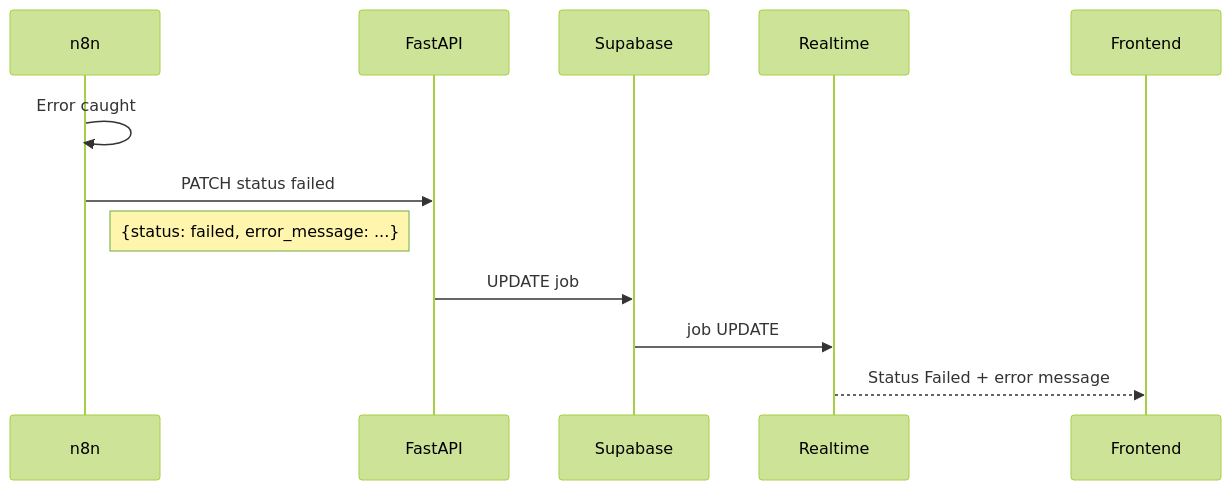
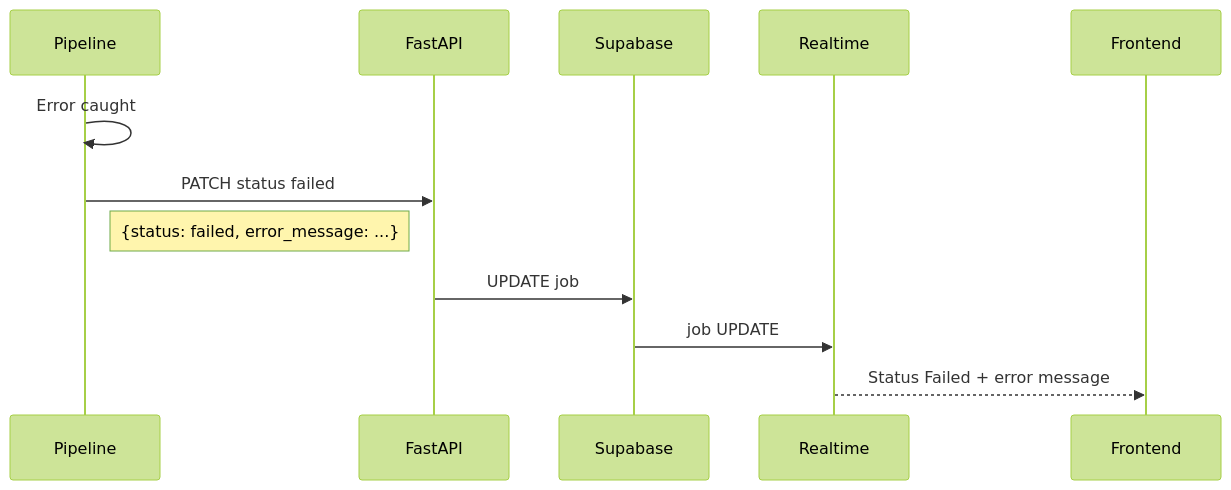
The third of 3 diagrams in docs/Backend_Implementation_Guide.md (ela-ravi/modern-partner-scout), drawn with Mermaid (forest theme) before and after one commit. The commit also changed other lines of this file and 44 other files, not shown here.

````diff
--- a/docs/Backend_Implementation_Guide.md
+++ b/docs/Backend_Implementation_Guide.md
@@ -2465,15 +2465,15 @@
 ```mermaid
 sequenceDiagram
-    participant N8N as n8n
+    participant PIPE as Pipeline
     participant API as FastAPI
     participant DB as Supabase
     participant WS as Realtime
     participant FE as Frontend
-    
-    N8N->>N8N: Error caught
-    N8N->>API: PATCH status failed
-    Note right of N8N: {status: failed, error_message: ...}
+
+    PIPE->>PIPE: Error caught
+    PIPE->>API: PATCH status failed
+    Note right of PIPE: {status: failed, error_message: ...}
     API->>DB: UPDATE job
     DB->>WS: job UPDATE
     WS-->>FE: Status Failed + error message
 ```
````
